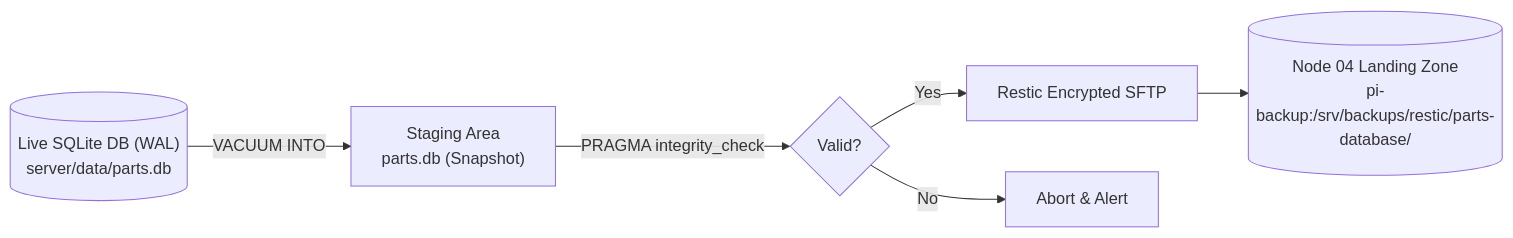
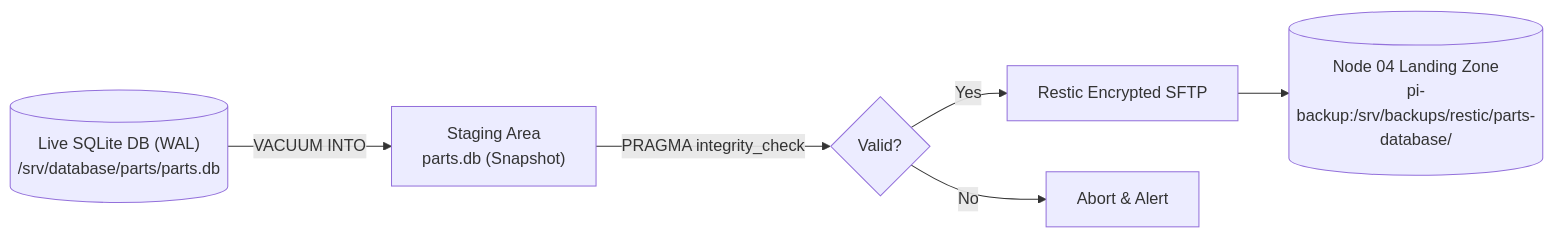
The diagram in server/docs/BACKUP_AND_RECOVERY.md (ericrowe/Small-Parts-Bins), drawn with Mermaid before and after one commit. The commit also changed other lines of this file and 11 other files, not shown here.

````diff
--- a/server/docs/BACKUP_AND_RECOVERY.md
+++ b/server/docs/BACKUP_AND_RECOVERY.md
@@ -20,8 +20,8 @@
 ```mermaid
 flowchart LR
-    LiveDB[("Live SQLite DB (WAL)\nserver/data/parts.db")] -->|VACUUM INTO| Staging["Staging Area\nparts.db (Snapshot)"]
+    LiveDB[("Live SQLite DB (WAL)\n/srv/database/parts/parts.db")] -->|VACUUM INTO| Staging["Staging Area\nparts.db (Snapshot)"]
     Staging -->|PRAGMA integrity_check| Check{"Valid?"}
     Check -- Yes --> Restic["Restic Encrypted SFTP"]
     Check -- No --> Abort["Abort & Alert"]
     Restic --> Node04[("Node 04 Landing Zone\npi-backup:/srv/backups/restic/parts-database/")]
 ```
````
